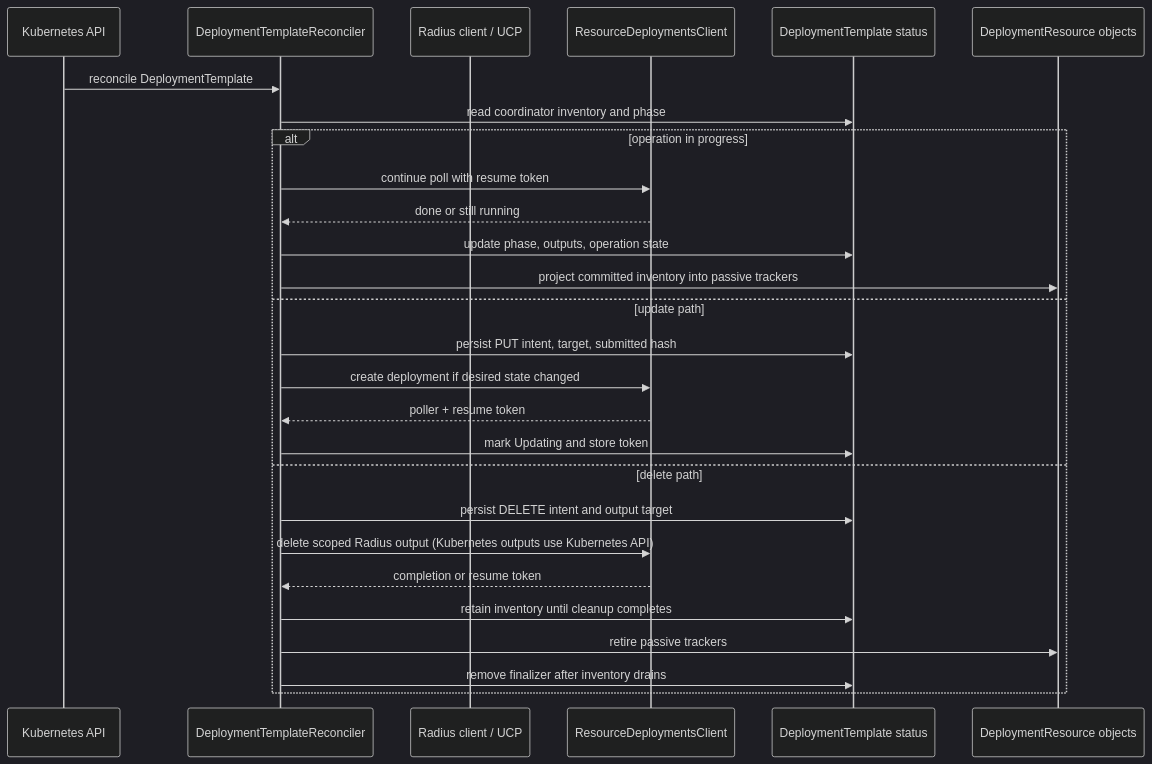
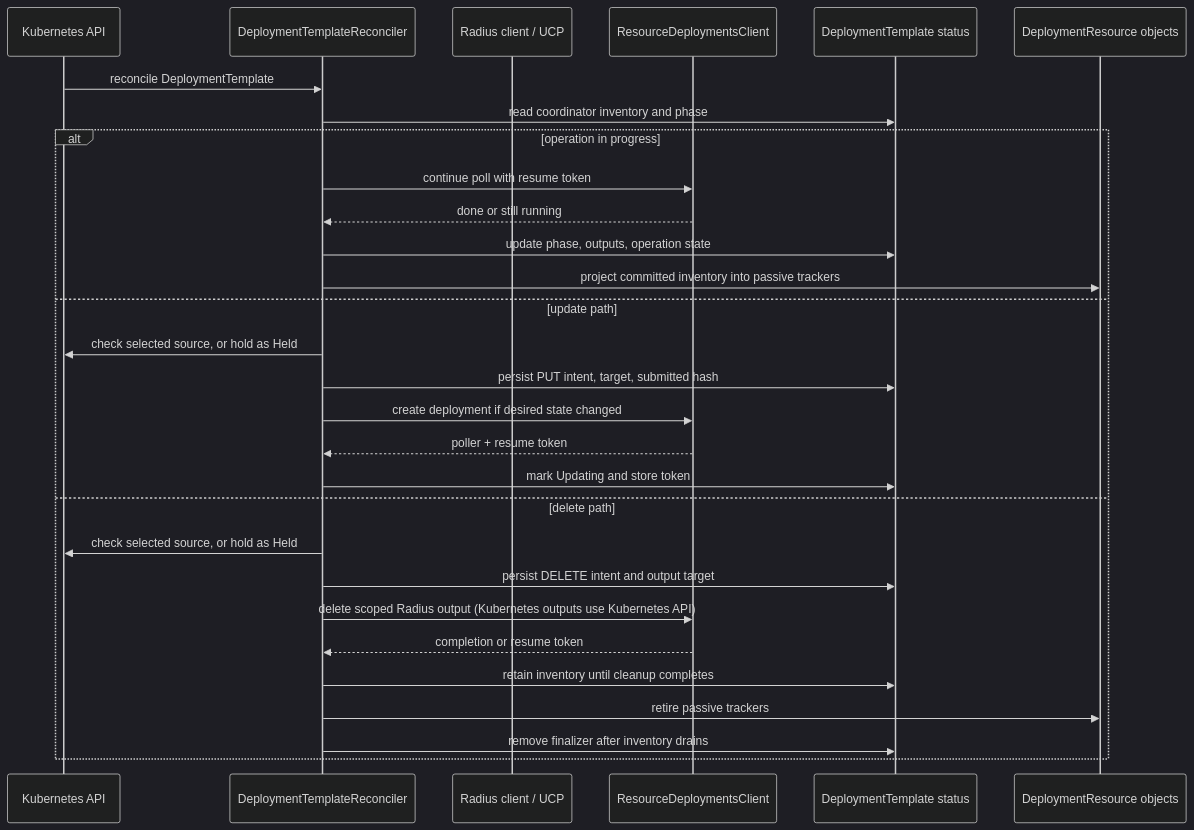
Before and after one commit to radius-project/radius: the second of 2 diagrams in docs/architecture/controller.md, drawn with Mermaid (dark theme). The commit also changed other lines of this file and 31 other files, not shown here.

````diff
--- a/docs/architecture/controller.md
+++ b/docs/architecture/controller.md
@@ -200,30 +208,32 @@
 ```mermaid
 sequenceDiagram
   participant K8S as Kubernetes API
   participant Rec as DeploymentTemplateReconciler
   participant Radius as Radius client / UCP
   participant Deploy as ResourceDeploymentsClient
   participant Status as DeploymentTemplate status
   participant Out as DeploymentResource objects
 
   K8S->>Rec: reconcile DeploymentTemplate
   Rec->>Status: read coordinator inventory and phase
   alt operation in progress
     Rec->>Deploy: continue poll with resume token
     Deploy-->>Rec: done or still running
     Rec->>Status: update phase, outputs, operation state
     Rec->>Out: project committed inventory into passive trackers
   else update path
+    Rec->>K8S: check selected source, or hold as Held
     Rec->>Status: persist PUT intent, target, submitted hash
     Rec->>Deploy: create deployment if desired state changed
     Deploy-->>Rec: poller + resume token
     Rec->>Status: mark Updating and store token
   else delete path
+    Rec->>K8S: check selected source, or hold as Held
     Rec->>Status: persist DELETE intent and output target
     Rec->>Deploy: delete scoped Radius output (Kubernetes outputs use Kubernetes API)
     Deploy-->>Rec: completion or resume token
     Rec->>Status: retain inventory until cleanup completes
     Rec->>Out: retire passive trackers
     Rec->>Status: remove finalizer after inventory drains
   end
 ```
````
